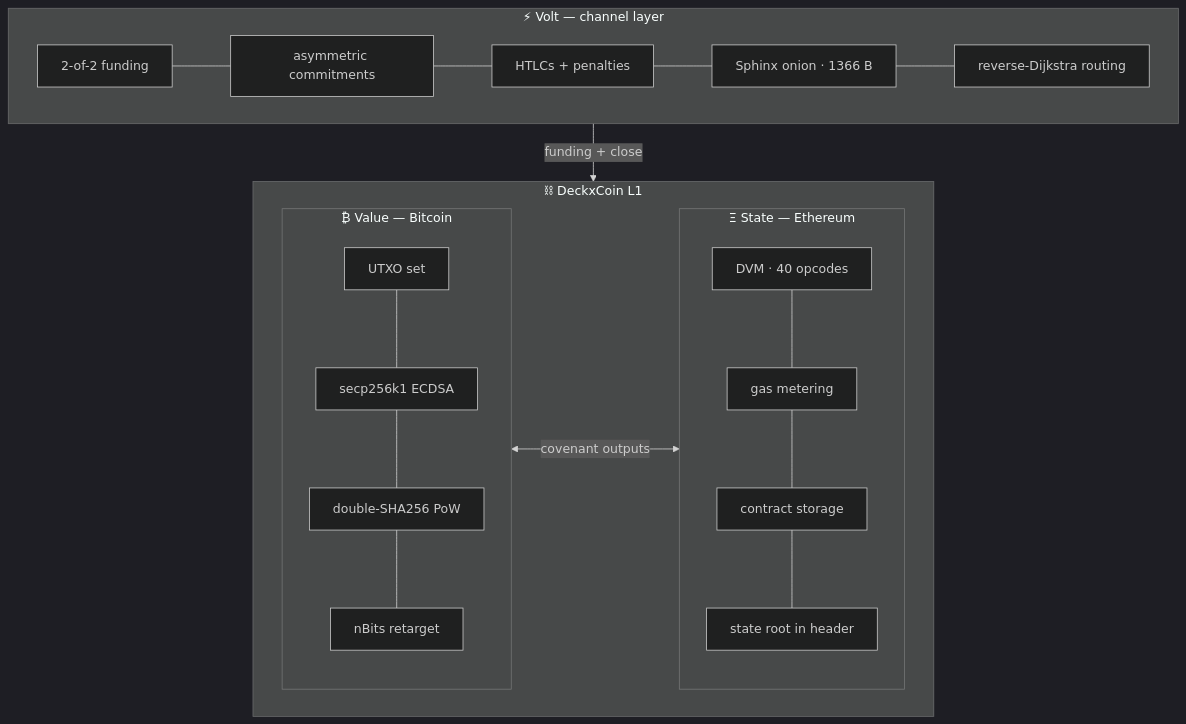
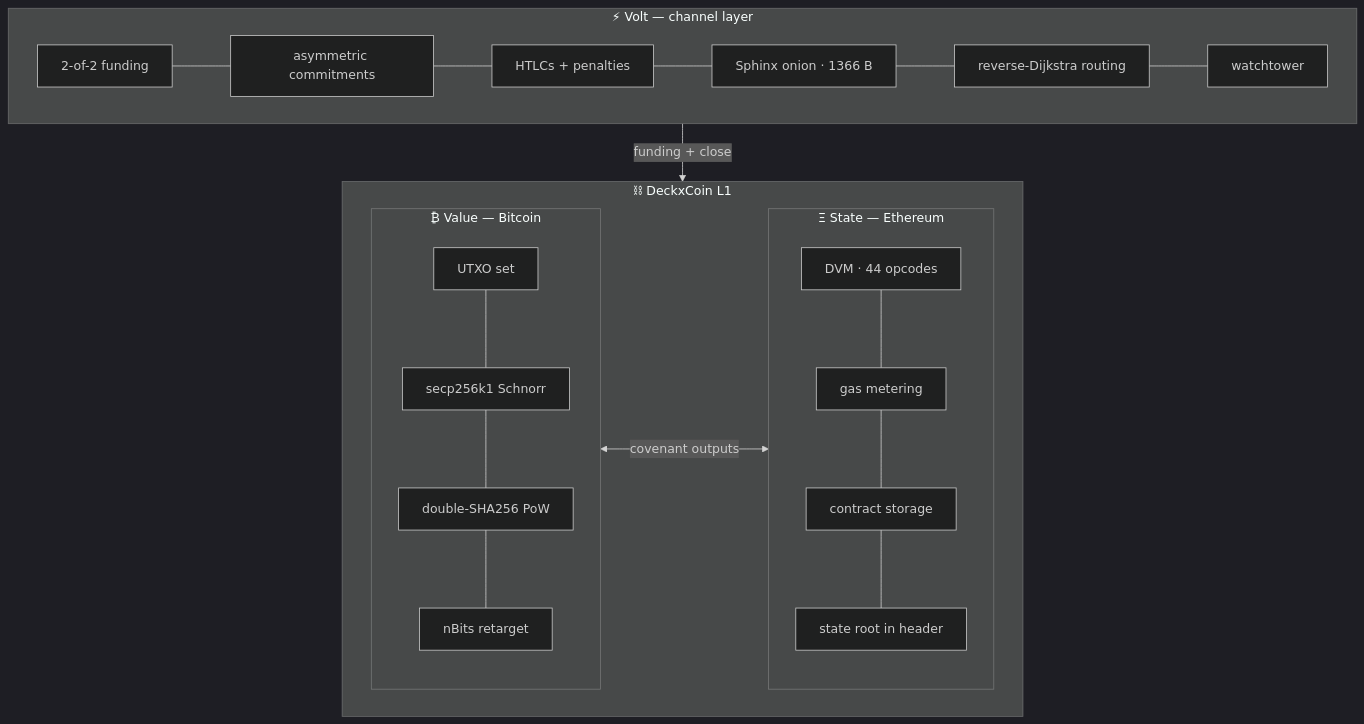
One commit to xyb3rpunq/deckxcoin changed the second of 2 diagrams in README.md. Above: the diagram before and after it, drawn with Mermaid (dark theme). The commit also changed other lines of this file and 24 other files, not shown here.

First line of the commit message:
Schnorr signatures, encrypted transport, persistent watchtower

````diff
--- a/README.md
+++ b/README.md
@@ -79,23 +79,24 @@
 ```mermaid
 flowchart TB
     subgraph L2["⚡ Volt — channel layer"]
         V1[2-of-2 funding] --- V2[asymmetric commitments]
         V2 --- V3[HTLCs + penalties]
         V3 --- V4[Sphinx onion · 1366 B]
+        V5 --- V6[watchtower]
         V4 --- V5[reverse-Dijkstra routing]
     end
     subgraph L1["⛓ DeckxCoin L1"]
         subgraph VAL["₿ Value — Bitcoin"]
-            B1[UTXO set] --- B2[secp256k1 ECDSA]
+            B1[UTXO set] --- B2[secp256k1 Schnorr]
             B2 --- B3[double-SHA256 PoW]
             B3 --- B4[nBits retarget]
         end
         subgraph ST["Ξ State — Ethereum"]
-            E1[DVM · 40 opcodes] --- E2[gas metering]
+            E1[DVM · 44 opcodes] --- E2[gas metering]
             E2 --- E3[contract storage]
             E3 --- E4[state root in header]
         end
         VAL <--> |covenant outputs| ST
     end
     L2 --> |funding + close| L1
 ```
````
